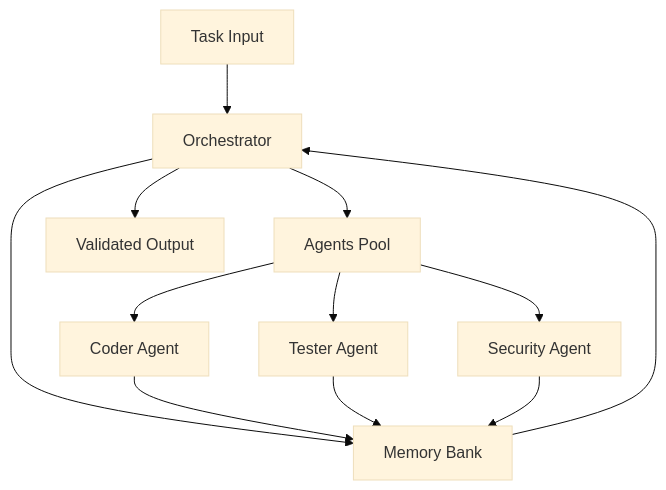
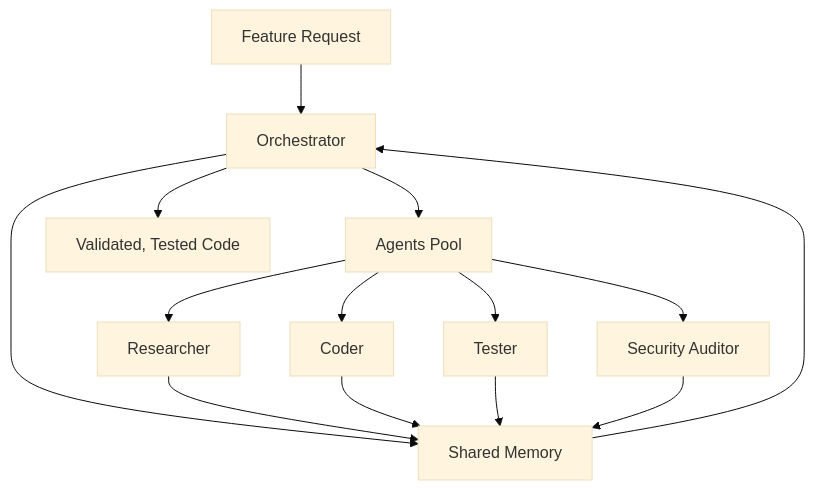
Before and after one commit to mfhens/inactu: the second of 2 diagrams in ai-driven-developmet/devtalk.md, drawn with Mermaid (base theme). The commit also changed other lines of this file and 2 other files, not shown here.

`````diff
--- a/ai-driven-developmet/devtalk.md
+++ b/ai-driven-developmet/devtalk.md
@@ -135,12 +130,13 @@
-    <div class="mermaid">
-  flowchart TD
-      A[Task Input] --> B[Orchestrator]
-      B --> C[Memory Bank]
-      B --> D[Agents Pool]
-      D --> E[Coder Agent]
-      D --> F[Tester Agent]
-      D --> G[Security Agent]
-      E & F & G --> C
-      C --> B
-      B --> H[Validated Output]
-  </div>
+```mermaid
+flowchart TD
+    A[Feature Request] --> B[Orchestrator]
+    B --> C[Shared Memory]
+    B --> D[Agents Pool]
+    D --> E[Researcher]
+    D --> F[Coder]
+    D --> G[Tester]
+    D --> H[Security Auditor]
+    E & F & G & H --> C
+    C --> B
+    B --> I[Validated, Tested Code]
+````
`````
